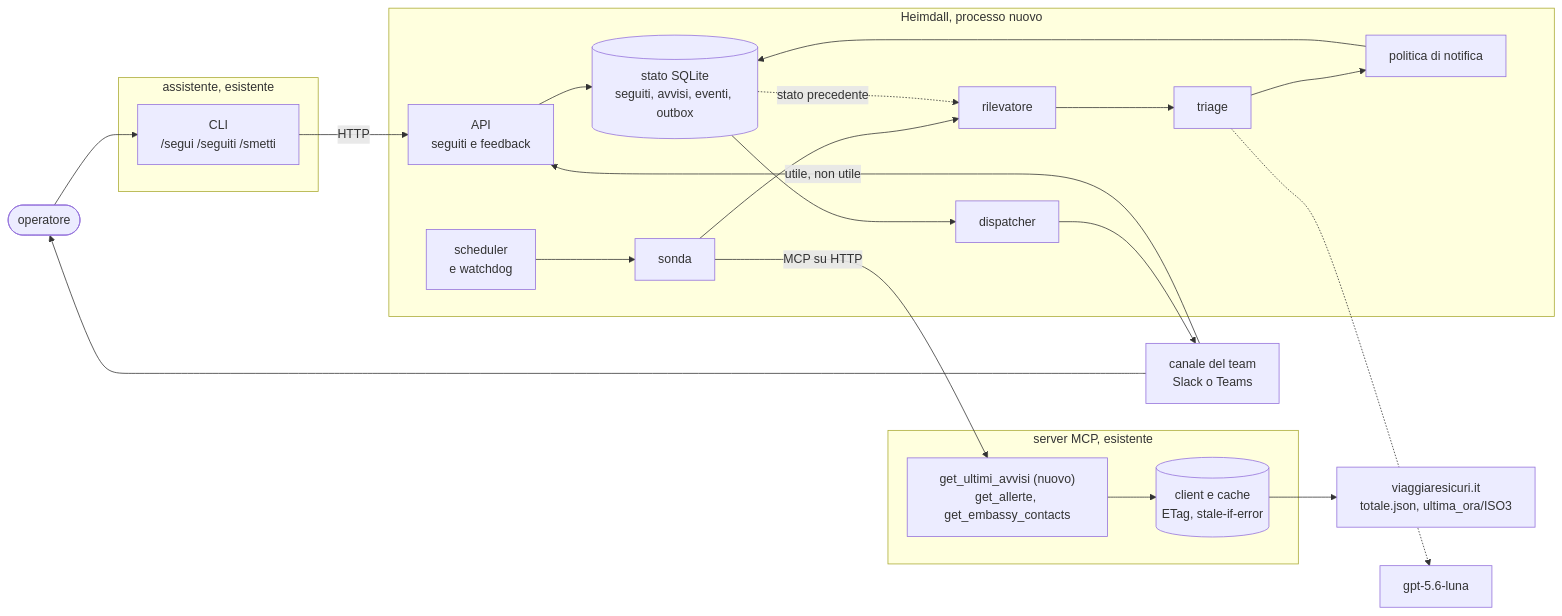
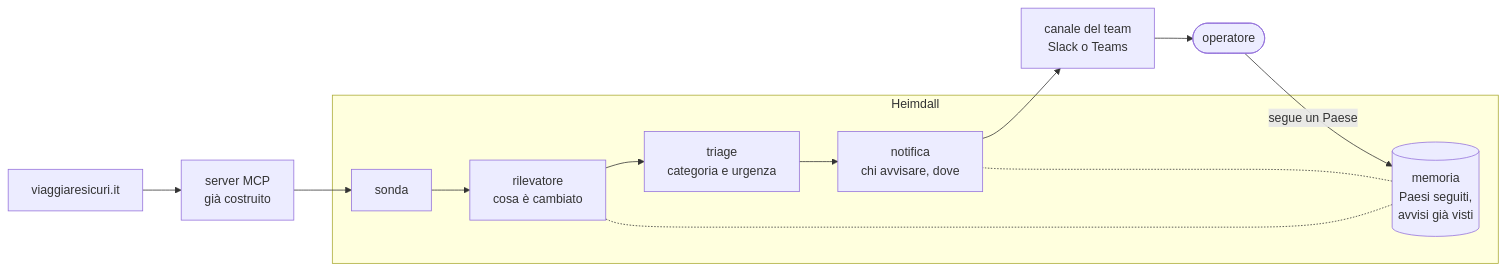
Before and after one commit to lorispalmarin/travelanalyst: the diagram in docs/PROACTIVE_AGENT.md, drawn with Mermaid. The commit also changed other lines of this file, not shown here.

````diff
--- a/docs/PROACTIVE_AGENT.md
+++ b/docs/PROACTIVE_AGENT.md
@@ -77,37 +76,20 @@
 ```mermaid
 flowchart LR
+    VS["viaggiaresicuri.it"]
+    MCP["server MCP<br/>già costruito"]
+    CH["canale del team<br/>Slack o Teams"]
     OP(["operatore"])
-    CH["canale del team<br/>Slack o Teams"]
-    VS["viaggiaresicuri.it<br/>totale.json, ultima_ora/ISO3"]
-    LLM["gpt-5.6-luna"]
 
-    subgraph G_ASS["assistente, esistente"]
-        CLI["CLI<br/>/segui /seguiti /smetti"]
+    subgraph AG["Heimdall"]
+        SON["sonda"]
+        RIL["rilevatore<br/>cosa è cambiato"]
+        TRI["triage<br/>categoria e urgenza"]
+        NOT["notifica<br/>chi avvisare, dove"]
+        MEM[("memoria<br/>Paesi seguiti,<br/>avvisi già visti")]
     end
 
-    subgraph G_MCP["server MCP, esistente"]
-        TOOL["get_ultimi_avvisi (nuovo)<br/>get_allerte, get_embassy_contacts"]
-        CACHE[("client e cache<br/>ETag, stale-if-error")]
-    end
-
-    subgraph G_SEN["Heimdall, processo nuovo"]
-        SCH["scheduler<br/>e watchdog"]
-        SON["sonda"]
-        RIL["rilevatore"]
-        TRI["triage"]
-        POL["politica di notifica"]
-        DB[("stato SQLite<br/>seguiti, avvisi, eventi, outbox")]
-        DIS["dispatcher"]
-        API["API<br/>seguiti e feedback"]
-    end
-
-    SCH --> SON
-    SON -->|MCP su HTTP| TOOL
-    TOOL --> CACHE --> VS
-    SON --> RIL --> TRI --> POL --> DB
-    DB -.->|stato precedente| RIL
-    TRI -.-> LLM
-    DB --> DIS --> CH --> OP
-    OP --> CLI -->|HTTP| API --> DB
-    CH -->|utile, non utile| API
+    VS --> MCP --> SON --> RIL --> TRI --> NOT --> CH --> OP
+    MEM -.- RIL
+    MEM -.- NOT
+    OP -->|segue un Paese| MEM
 ```
````
